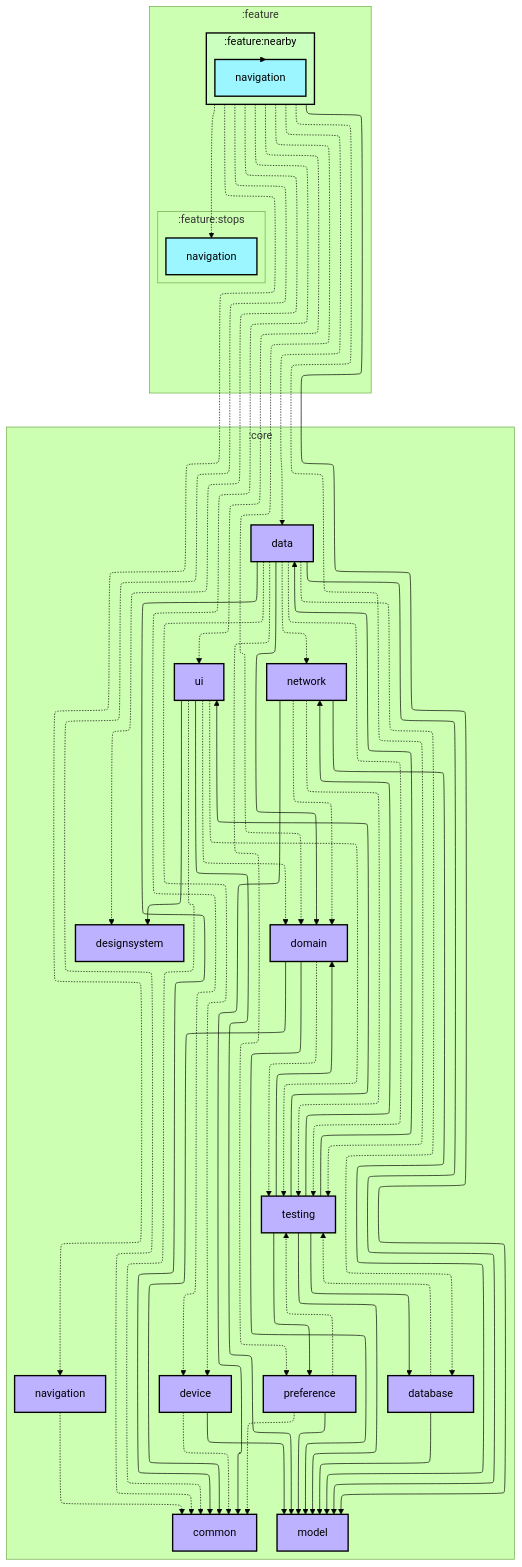
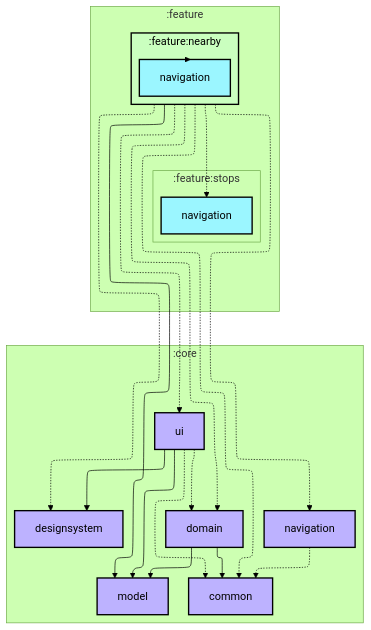
The first of 2 diagrams in feature/nearby/README.md (Adrc95/logrono-bus), drawn with Mermaid (forest theme) before and after one commit. The commit also changed 32 other files, not shown here.

First line of the commit message:
Chore: unblock the test suites, the graphs and the CI

```diff
--- a/feature/nearby/README.md
+++ b/feature/nearby/README.md
@@ -26,62 +26,25 @@
   subgraph :core
     direction TB
     :core:common[common]:::library
-    :core:data[data]:::library
-    :core:database[database]:::library
     :core:designsystem[designsystem]:::library
-    :core:device[device]:::library
     :core:domain[domain]:::library
     :core:model[model]:::library
     :core:navigation[navigation]:::library
-    :core:network[network]:::library
-    :core:preference[preference]:::library
-    :core:testing[testing]:::library
     :core:ui[ui]:::library
   end
 
-  :core:data --> :core:common
-  :core:data -.-> :core:database
-  :core:data -.-> :core:device
-  :core:data --> :core:domain
-  :core:data --> :core:model
-  :core:data -.-> :core:network
-  :core:data -.-> :core:preference
-  :core:data -.-> :core:testing
-  :core:database --> :core:model
-  :core:database -.-> :core:testing
-  :core:device -.-> :core:common
-  :core:device --> :core:model
   :core:domain --> :core:common
   :core:domain --> :core:model
-  :core:domain -.-> :core:testing
   :core:navigation -.-> :core:common
-  :core:network --> :core:common
-  :core:network -.-> :core:domain
-  :core:network --> :core:model
-  :core:network -.-> :core:testing
-  :core:preference -.-> :core:common
-  :core:preference --> :core:model
-  :core:preference -.-> :core:testing
-  :core:testing --> :core:data
-  :core:testing --> :core:database
-  :core:testing --> :core:domain
-  :core:testing --> :core:model
-  :core:testing --> :core:network
-  :core:testing --> :core:preference
-  :core:testing --> :core:ui
   :core:ui -.-> :core:common
   :core:ui --> :core:designsystem
   :core:ui -.-> :core:domain
   :core:ui --> :core:model
-  :core:ui -.-> :core:testing
   :feature:nearby -.-> :core:common
-  :feature:nearby -.-> :core:data
   :feature:nearby -.-> :core:designsystem
-  :feature:nearby -.-> :core:device
   :feature:nearby -.-> :core:domain
   :feature:nearby --> :core:model
   :feature:nearby -.-> :core:navigation
-  :feature:nearby -.-> :core:testing
   :feature:nearby -.-> :core:ui
   :feature:nearby --> :feature:nearby:navigation
   :feature:nearby -.-> :feature:stops:navigation
```
